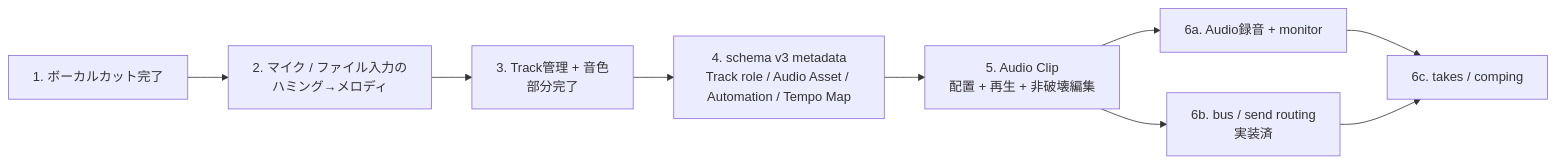
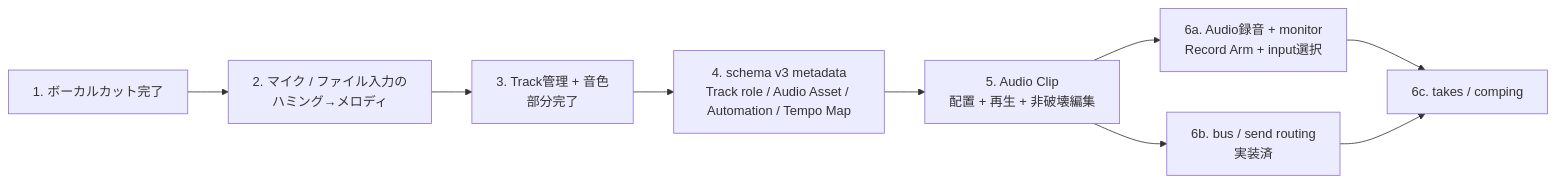
Before and after one commit to machaniconico/compose-tutor-studio: the diagram in docs/13_pro_daw_gap_matrix.md, drawn with Mermaid. The commit also changed other lines of this file and 28 other files, not shown here.

````diff
--- a/docs/13_pro_daw_gap_matrix.md
+++ b/docs/13_pro_daw_gap_matrix.md
@@ -83,11 +83,11 @@
 ```mermaid
 flowchart LR
   B1[1. ボーカルカット完了] --> B2[2. マイク / ファイル入力の<br/>ハミング→メロディ]
   B2 --> B3[3. Track管理 + 音色<br/>部分完了]
   B3 --> B4[4. schema v3 metadata<br/>Track role / Audio Asset / Automation / Tempo Map]
   B4 --> B5[5. Audio Clip<br/>配置 + 再生 + 非破壊編集]
-  B5 --> B6A[6a. Audio録音 + monitor]
+  B5 --> B6A[6a. Audio録音 + monitor<br/>Record Arm + input選択]
   B5 --> B6B[6b. bus / send routing<br/>実装済]
   B6A --> B6C[6c. takes / comping]
   B6B --> B6C
 ```
````
